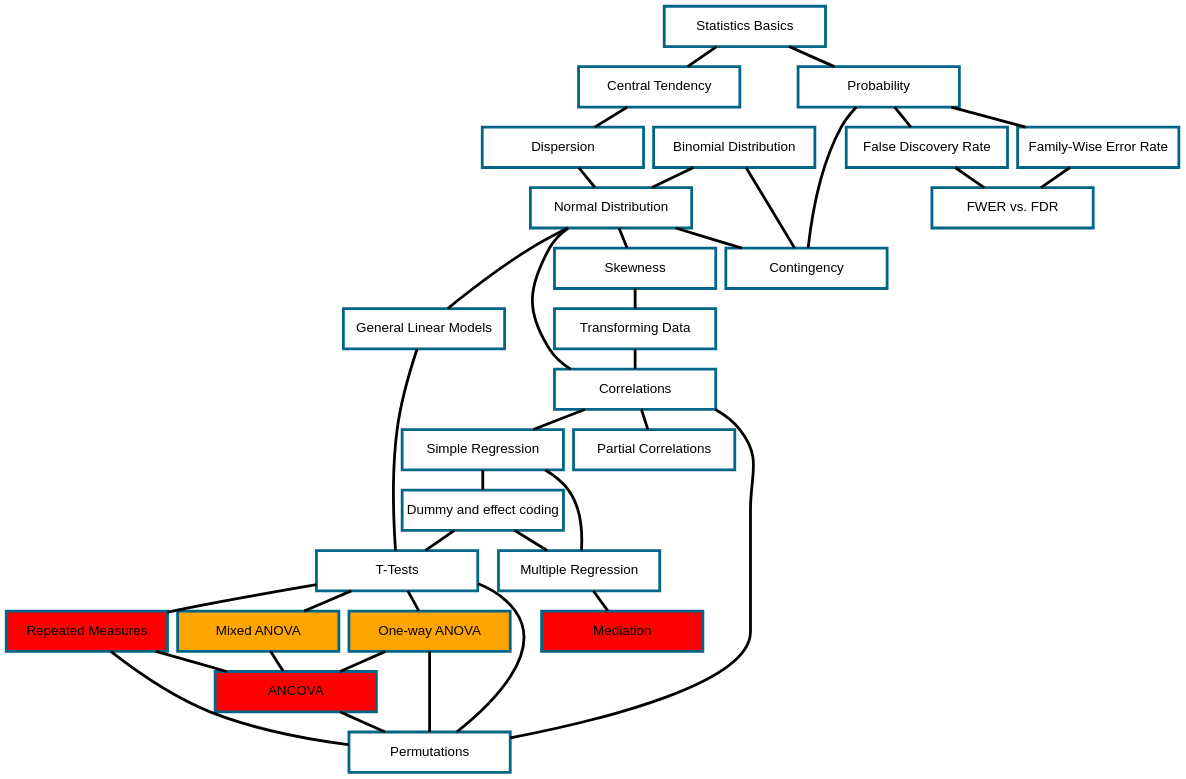
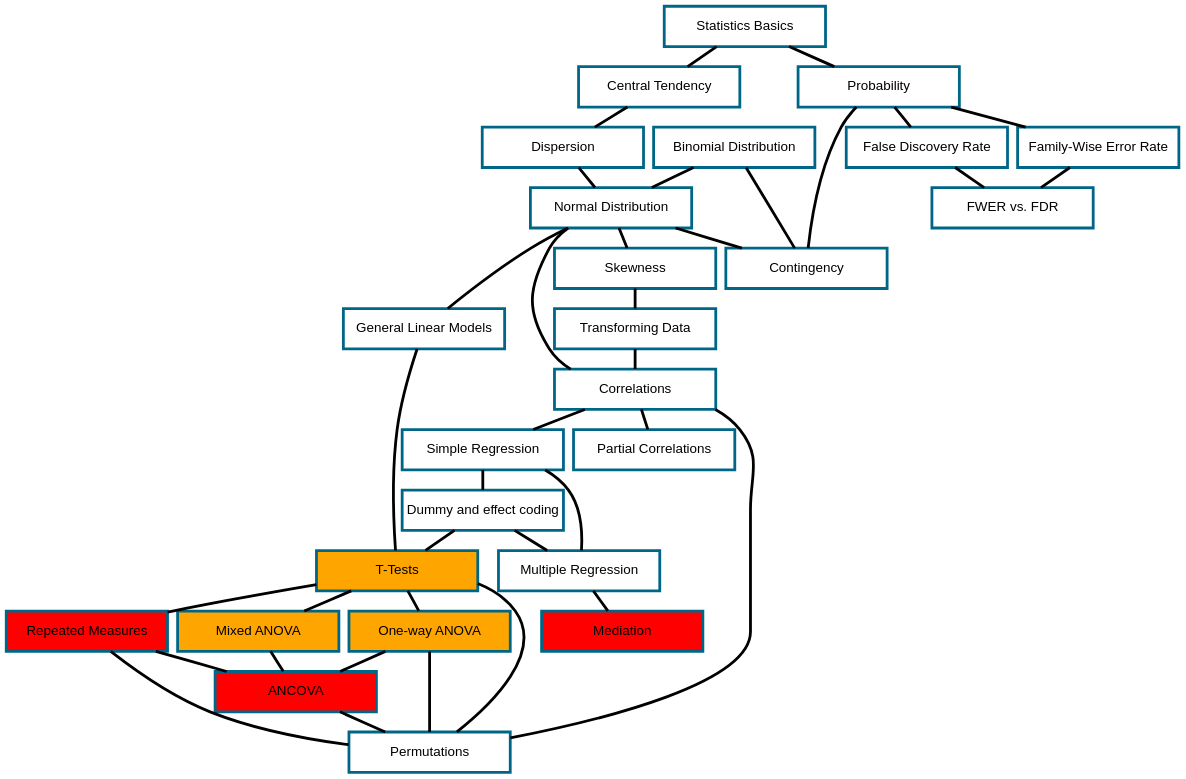
The diagram in overview.qmd (Reading-Psych/jast), drawn with Graphviz before and after one commit. The commit also changed 35 other files, not shown here.

```diff
--- a/overview.qmd
+++ b/overview.qmd
@@ -180,7 +180,7 @@
 		ttests [
 		  label     = "T-Tests",
 		  URL       = "../GeneralLinearModels/TTests.html",
-		  fillcolor = "white"
+		  fillcolor = "orange"
 		]
 	}
 	/* connections */
```
